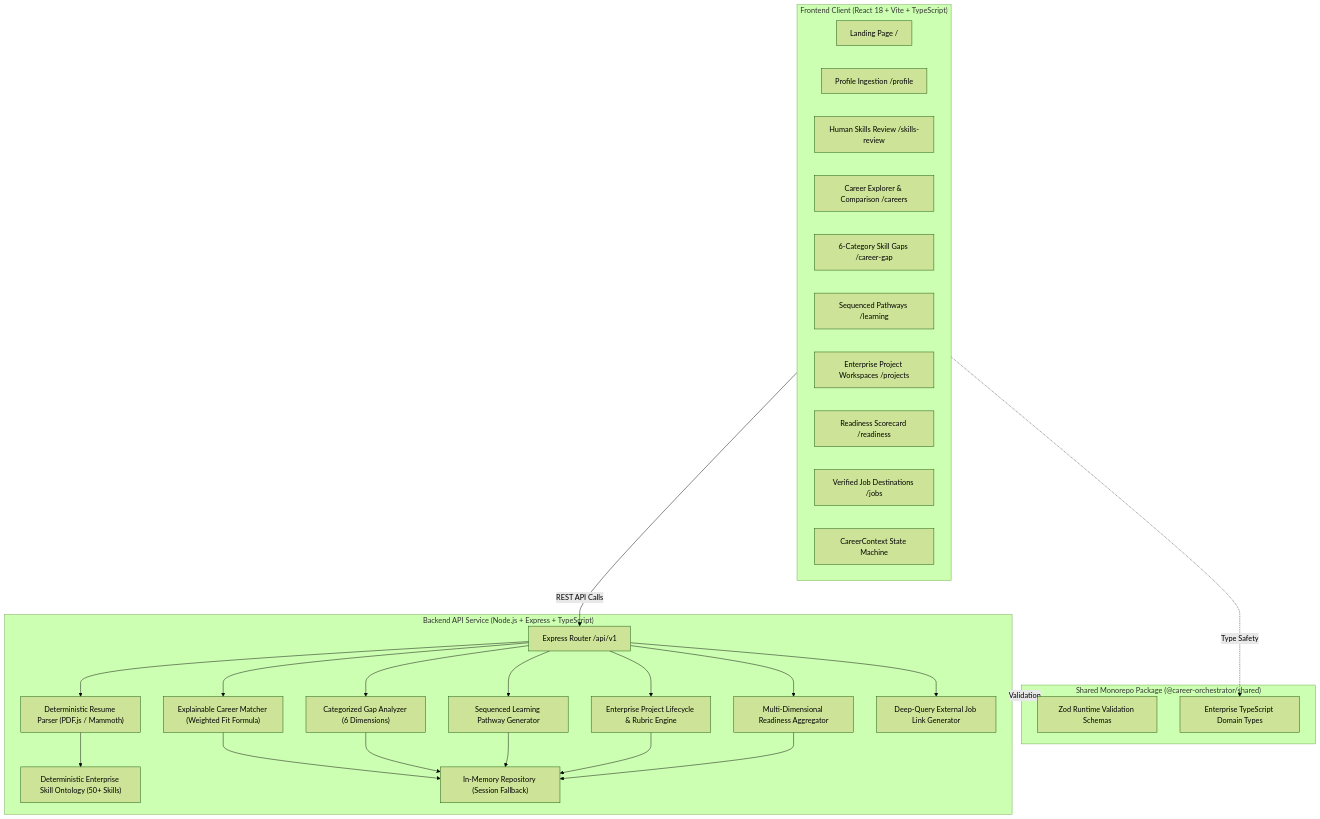
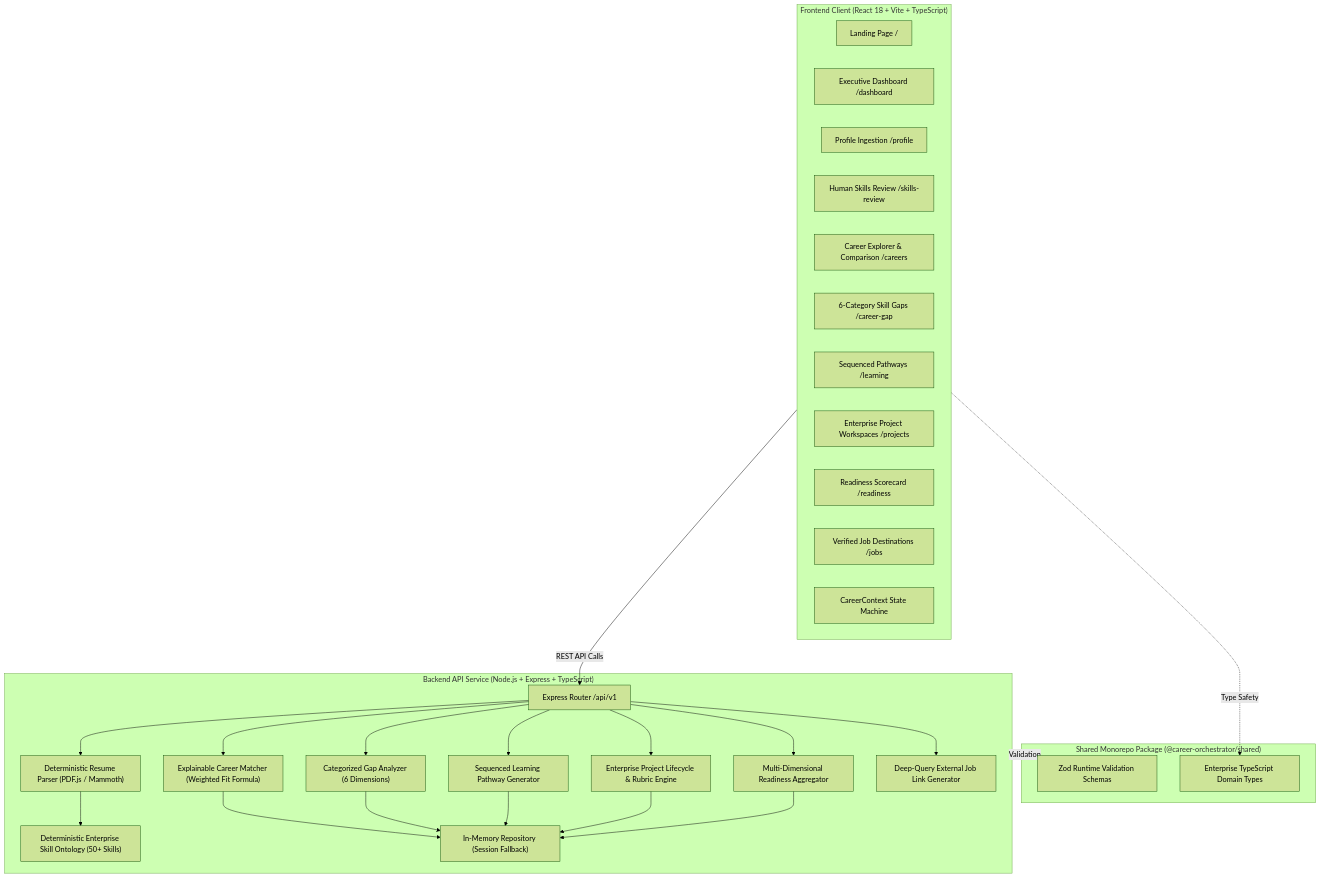
Before and after one commit to Kumarreddy2005/SAP: the first of 2 diagrams in HACKATHON_DEMO_GUIDE.md, drawn with Mermaid (forest theme). The commit also changed other lines of this file and 42 other files, not shown here.

Commit message:
feat(dashboard): build premium interactive executive career orchestrator dashboard with pure-svg radar and global search

````diff
--- a/HACKATHON_DEMO_GUIDE.md
+++ b/HACKATHON_DEMO_GUIDE.md
@@ -36,50 +36,51 @@
 ```mermaid
 graph TD
     subgraph Client ["Frontend Client (React 18 + Vite + TypeScript)"]
         UI_Landing["Landing Page /"]
+        UI_Dashboard["Executive Dashboard /dashboard"]
         UI_Profile["Profile Ingestion /profile"]
         UI_Review["Human Skills Review /skills-review"]
         UI_Careers["Career Explorer & Comparison /careers"]
         UI_Gaps["6-Category Skill Gaps /career-gap"]
         UI_Learning["Sequenced Pathways /learning"]
         UI_Projects["Enterprise Project Workspaces /projects"]
         UI_Readiness["Readiness Scorecard /readiness"]
         UI_Jobs["Verified Job Destinations /jobs"]
         Context["CareerContext State Machine"]
     end
 
     subgraph Backend ["Backend API Service (Node.js + Express + TypeScript)"]
         API_Gateway["Express Router /api/v1"]
         ResumeEngine["Deterministic Resume Parser (PDF.js / Mammoth)"]
         Ontology["Deterministic Enterprise Skill Ontology (50+ Skills)"]
         Matcher["Explainable Career Matcher (Weighted Fit Formula)"]
         GapAnalyzer["Categorized Gap Analyzer (6 Dimensions)"]
         PathwayEngine["Sequenced Learning Pathway Generator"]
         ProjectService["Enterprise Project Lifecycle & Rubric Engine"]
         ReadinessEngine["Multi-Dimensional Readiness Aggregator"]
         JobSearchEngine["Deep-Query External Job Link Generator"]
         Repo["In-Memory Repository (Session Fallback)"]
     end
 
     subgraph Shared ["Shared Monorepo Package (@career-orchestrator/shared)"]
         Schemas["Zod Runtime Validation Schemas"]
         Types["Enterprise TypeScript Domain Types"]
     end
 
     Client -->|REST API Calls| API_Gateway
     API_Gateway --> ResumeEngine
     ResumeEngine --> Ontology
     API_Gateway --> Matcher
     API_Gateway --> GapAnalyzer
     API_Gateway --> PathwayEngine
     API_Gateway --> ProjectService
     API_Gateway --> ReadinessEngine
     API_Gateway --> JobSearchEngine
     Matcher --> Repo
     GapAnalyzer --> Repo
     PathwayEngine --> Repo
     ProjectService --> Repo
     ReadinessEngine --> Repo
     Client -.->|Type Safety| Types
     Backend -.->|Validation| Schemas
 ```
````
